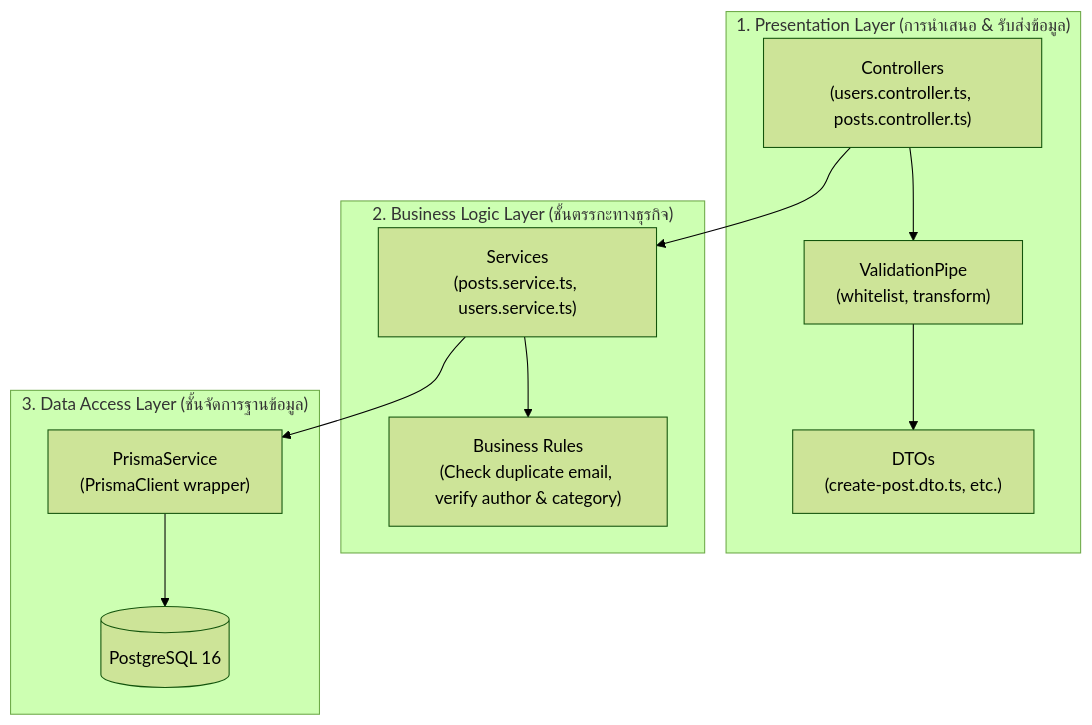
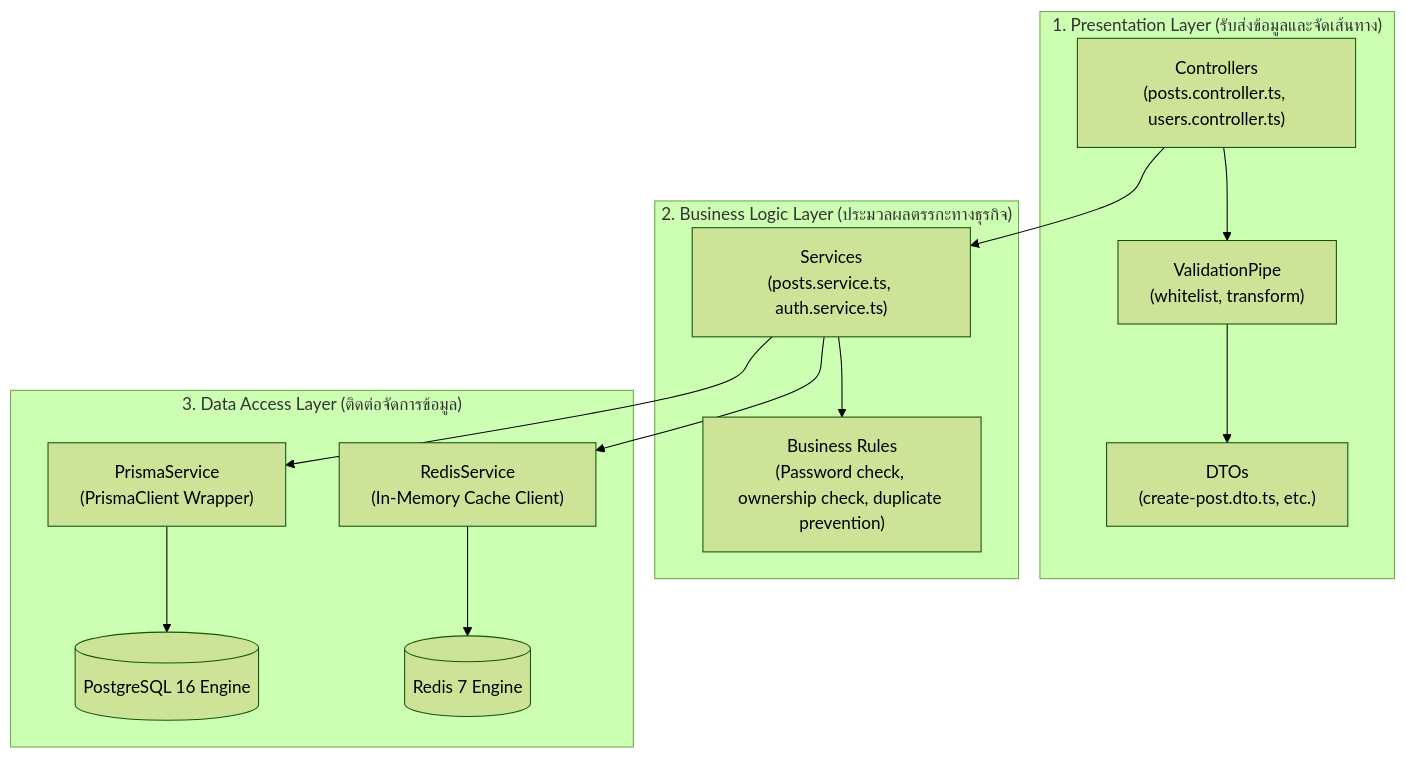
Before and after one commit to AranGit/nestjs-prisma-blog-api: the first of 7 diagrams in docs/blog-api-guide.md, drawn with Mermaid (forest theme). The commit also changed other lines of this file and 2 other files, not shown here.

Commit message:
docs: transform all documentation into zero-emoji infographic style with enhanced diagrams and matrices

````diff
--- a/docs/blog-api-guide.md
+++ b/docs/blog-api-guide.md
@@ -25,25 +25,29 @@
 ```mermaid
 flowchart TD
-    subgraph Presentation ["1. Presentation Layer (การนำเสนอ & รับส่งข้อมูล)"]
-        Controller["Controllers\n(users.controller.ts, posts.controller.ts)"]
+    subgraph Presentation ["1. Presentation Layer (รับส่งข้อมูลและจัดเส้นทาง)"]
+        Controller["Controllers\n(posts.controller.ts, users.controller.ts)"]
         DTO["DTOs\n(create-post.dto.ts, etc.)"]
         Validation["ValidationPipe\n(whitelist, transform)"]
     end
 
-    subgraph Business ["2. Business Logic Layer (ชั้นตรรกะทางธุรกิจ)"]
-        Service["Services\n(posts.service.ts, users.service.ts)"]
-        Rules["Business Rules\n(Check duplicate email, verify author & category)"]
+    subgraph Business ["2. Business Logic Layer (ประมวลผลตรรกะทางธุรกิจ)"]
+        Service["Services\n(posts.service.ts, auth.service.ts)"]
+        Rules["Business Rules\n(Password check, ownership check, duplicate prevention)"]
     end
 
-    subgraph Data ["3. Data Access Layer (ชั้นจัดการฐานข้อมูล)"]
-        PrismaSvc["PrismaService\n(PrismaClient wrapper)"]
-        DB[(PostgreSQL 16)]
+    subgraph Data ["3. Data Access Layer (ติดต่อจัดการข้อมูล)"]
+        PrismaSvc["PrismaService\n(PrismaClient Wrapper)"]
+        RedisSvc["RedisService\n(In-Memory Cache Client)"]
+        DB[(PostgreSQL 16 Engine)]
+        Redis[(Redis 7 Engine)]
     end
 
     Controller --> Validation
     Validation --> DTO
     Controller --> Service
     Service --> Rules
     Service --> PrismaSvc
+    Service --> RedisSvc
     PrismaSvc --> DB
+    RedisSvc --> Redis
 ```
````
